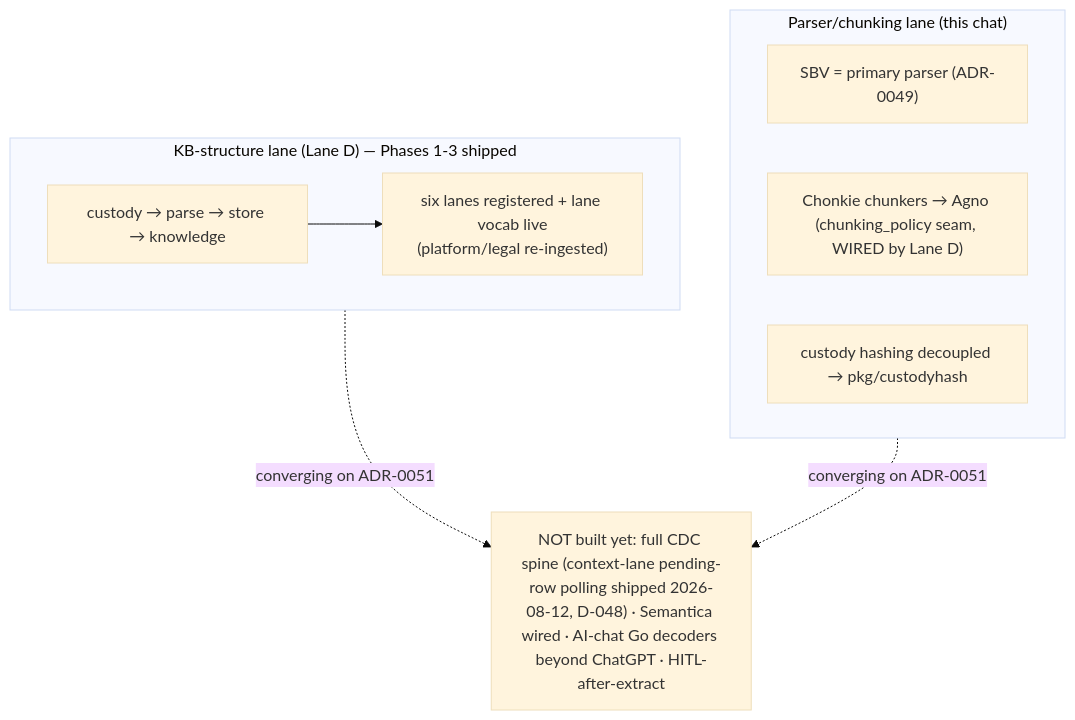
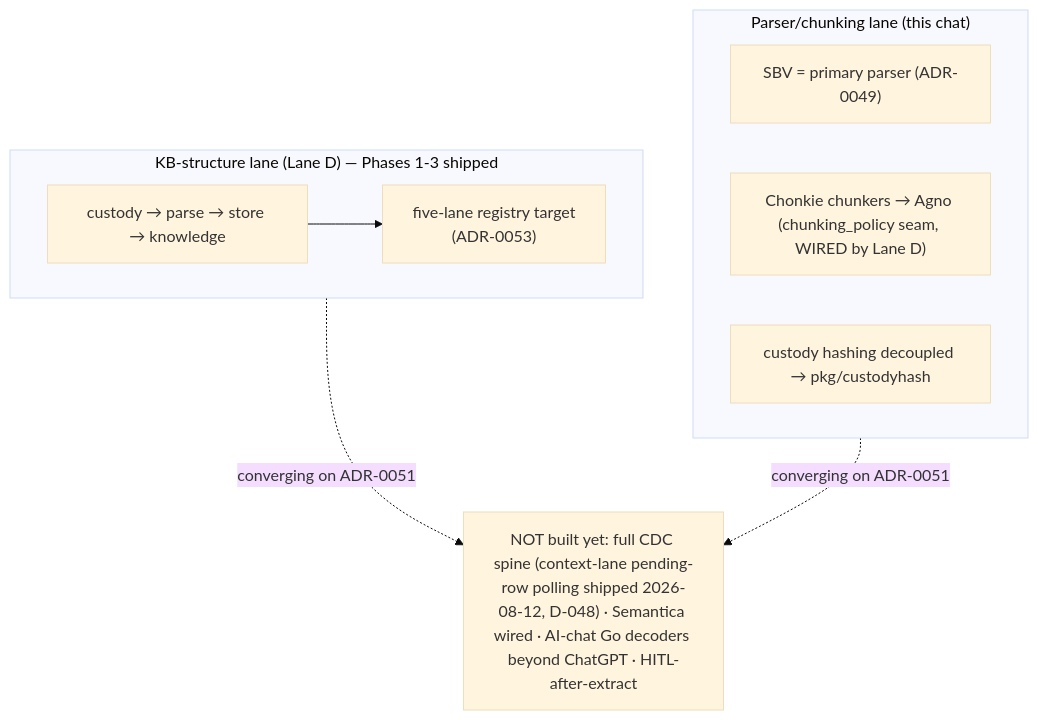
Before and after one commit to Cursedpotential/mcp-platform-agno-mvp: the third of 4 diagrams in docs/blueprint/architecture.md, drawn with Mermaid (base theme). The commit also changed other lines of this file and 48 other files, not shown here.

````diff
--- a/docs/blueprint/architecture.md
+++ b/docs/blueprint/architecture.md
@@ -66,15 +67,15 @@
 ```mermaid
 flowchart TB
     subgraph KBLane["KB-structure lane (Lane D) — Phases 1-3 shipped"]
       W1["custody → parse → store → knowledge"]
-      W1 --> SIX["six lanes registered + lane vocab live<br/>(platform/legal re-ingested)"]
+      W1 --> SIX["five-lane registry target<br/>(ADR-0053)"]
     end
     subgraph PCLane["Parser/chunking lane (this chat)"]
       P1["SBV = primary parser (ADR-0049)"]
       P2["Chonkie chunkers → Agno (chunking_policy seam, WIRED by Lane D)"]
       P3["custody hashing decoupled → pkg/custodyhash"]
     end
     GAP["NOT built yet: full CDC spine (context-lane pending-row polling shipped 2026-08-12, D-048) · Semantica wired · AI-chat Go decoders beyond ChatGPT · HITL-after-extract"]
     KBLane -. converging on ADR-0051 .-> GAP
     PCLane -. converging on ADR-0051 .-> GAP
 ```
````
